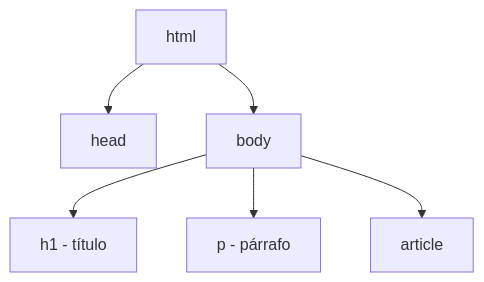
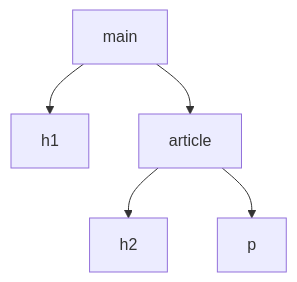
Before and after one commit to DantheonHub/frontend: the diagram in conceptos.md, drawn with Mermaid. The commit also changed other lines of this file and 1 other file, not shown here.

````diff
--- a/conceptos.md
+++ b/conceptos.md
@@ -22,15 +126,13 @@
 ```mermaid
 graph TD
-    html[html]
-    head[head]
-    body[body]
-    h1[h1 - título]
-    p[p - párrafo]
+    main[main]
+    h1[h1]
     article[article]
+    h2[h2]
+    p[p]
 
-    html --> head
-    html --> body
-    body --> h1
-    body --> p
-    body --> article
+    main --> h1
+    main --> article
+    article --> h2
+    article --> p
 ```
````
